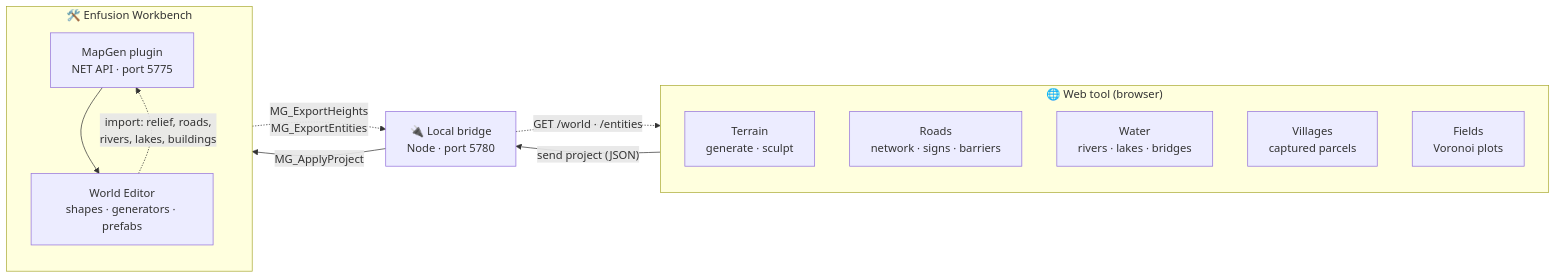
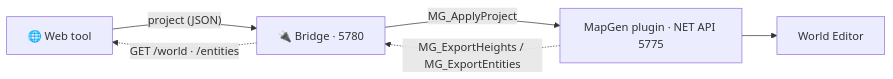
The diagram in README.md (benjibossk/mappingenfusiontest), drawn with Mermaid before and after one commit. The commit also changed other lines of this file and 15 other files, not shown here.

````diff
--- a/README.md
+++ b/README.md
@@ -27,23 +71,8 @@
 ```mermaid
 flowchart LR
-    subgraph WEB["🌐 Web tool (browser)"]
-        direction TB
-        T[Terrain<br/>generate · sculpt]
-        R[Roads<br/>network · signs · barriers]
-        W[Water<br/>rivers · lakes · bridges]
-        V[Villages<br/>captured parcels]
-        F[Fields<br/>Voronoi plots]
-    end
-    B["🔌 Local bridge<br/>Node · port 5780"]
-    subgraph WB["🛠️ Enfusion Workbench"]
-        direction TB
-        P["MapGen plugin<br/>NET API · port 5775"]
-        WE[World Editor<br/>shapes · generators · prefabs]
-    end
-    WEB -- "send project (JSON)" --> B
-    B -- "MG_ApplyProject" --> P
-    P --> WE
-    WE -. "import: relief, roads,<br/>rivers, lakes, buildings" .-> P
-    P -. "MG_ExportHeights<br/>MG_ExportEntities" .-> B
+    WEB["🌐 Web tool"] -- "project (JSON)" --> B["🔌 Bridge · 5780"]
+    B -- "MG_ApplyProject" --> P["MapGen plugin · NET API 5775"]
+    P --> WE["World Editor"]
+    P -. "MG_ExportHeights / MG_ExportEntities" .-> B
     B -. "GET /world · /entities" .-> WEB
 ```
````
